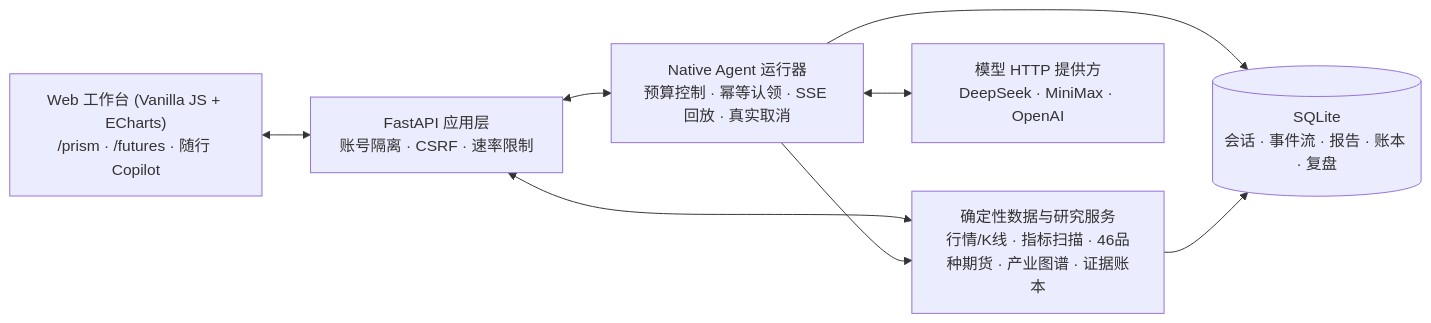
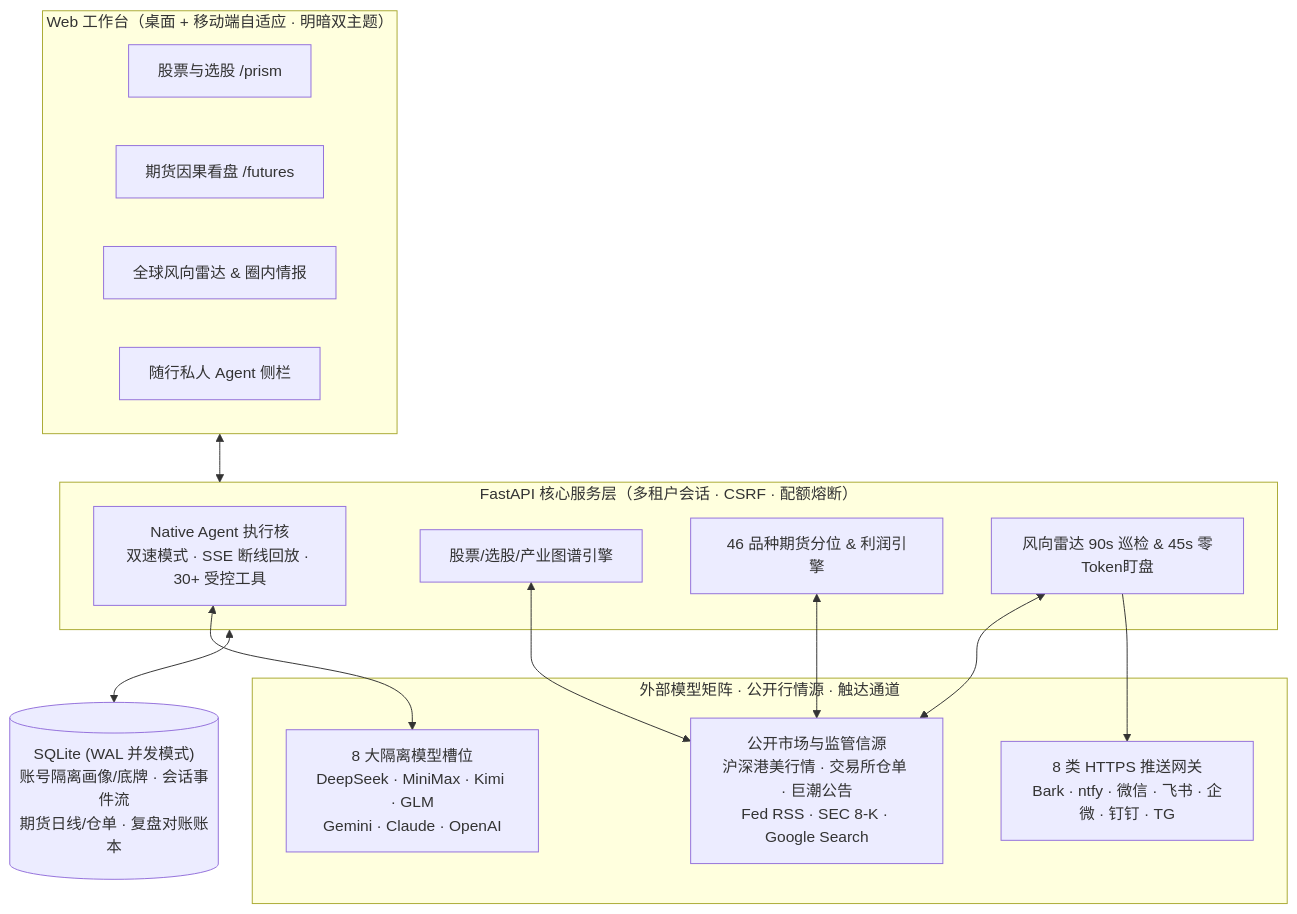
Before and after one commit to doubleh-ai/prism: the diagram in README.md, drawn with Mermaid. The commit also changed other lines of this file and 57 other files, not shown here.

````diff
--- a/README.md
+++ b/README.md
@@ -37,17 +73,32 @@
 ```mermaid
-flowchart LR
-    UI["Web 工作台 (Vanilla JS + ECharts)<br/>/prism · /futures · 随行 Copilot"]
-    API["FastAPI 应用层<br/>账号隔离 · CSRF · 速率限制"]
-    AGENT["Native Agent 运行器<br/>预算控制 · 幂等认领 · SSE 回放 · 真实取消"]
-    DATA["确定性数据与研究服务<br/>行情/K线 · 指标扫描 · 46品种期货 · 产业图谱 · 证据账本"]
-    LLM["模型 HTTP 提供方<br/>DeepSeek · MiniMax · OpenAI"]
-    DB[("SQLite<br/>会话 · 事件流 · 报告 · 账本 · 复盘")]
+flowchart TB
+    subgraph Client["Web 工作台（桌面 + 移动端自适应 · 明暗双主题）"]
+        UI_EQ["股票与选股 /prism"]
+        UI_FUT["期货因果看盘 /futures"]
+        UI_RAD["全球风向雷达 & 圈内情报"]
+        UI_AG["随行私人 Agent 侧栏"]
+    end
 
-    UI <--> API
-    API <--> AGENT
-    API <--> DATA
+    subgraph Core["FastAPI 核心服务层（多租户会话 · CSRF · 配额熔断）"]
+        AGENT["Native Agent 执行核<br/>双速模式 · SSE 断线回放 · 30+ 受控工具"]
+        MKT["股票/选股/产业图谱引擎"]
+        FUT["46 品种期货分位 & 利润引擎"]
+        RADAR["风向雷达 90s 巡检 & 45s 零Token盯盘"]
+    end
+
+    subgraph External["外部模型矩阵 · 公开行情源 · 触达通道"]
+        LLM["8 大隔离模型槽位<br/>DeepSeek · MiniMax · Kimi · GLM<br/>Gemini · Claude · OpenAI"]
+        SRC["公开市场与监管信源<br/>沪深港美行情 · 交易所仓单 · 巨潮公告<br/>Fed RSS · SEC 8-K · Google Search"]
+        PUSH["8 类 HTTPS 推送网关<br/>Bark · ntfy · 微信 · 飞书 · 企微 · 钉钉 · TG"]
+    end
+
+    DB[("SQLite (WAL 并发模式)<br/>账号隔离画像/底牌 · 会话事件流<br/>期货日线/仓单 · 复盘对账账本")]
+
+    Client <--> Core
     AGENT <--> LLM
-    AGENT --> DATA
-    AGENT --> DB
-    DATA --> DB
+    MKT <--> SRC
+    FUT <--> SRC
+    RADAR <--> SRC
+    RADAR --> PUSH
+    Core <--> DB
 ```
````
